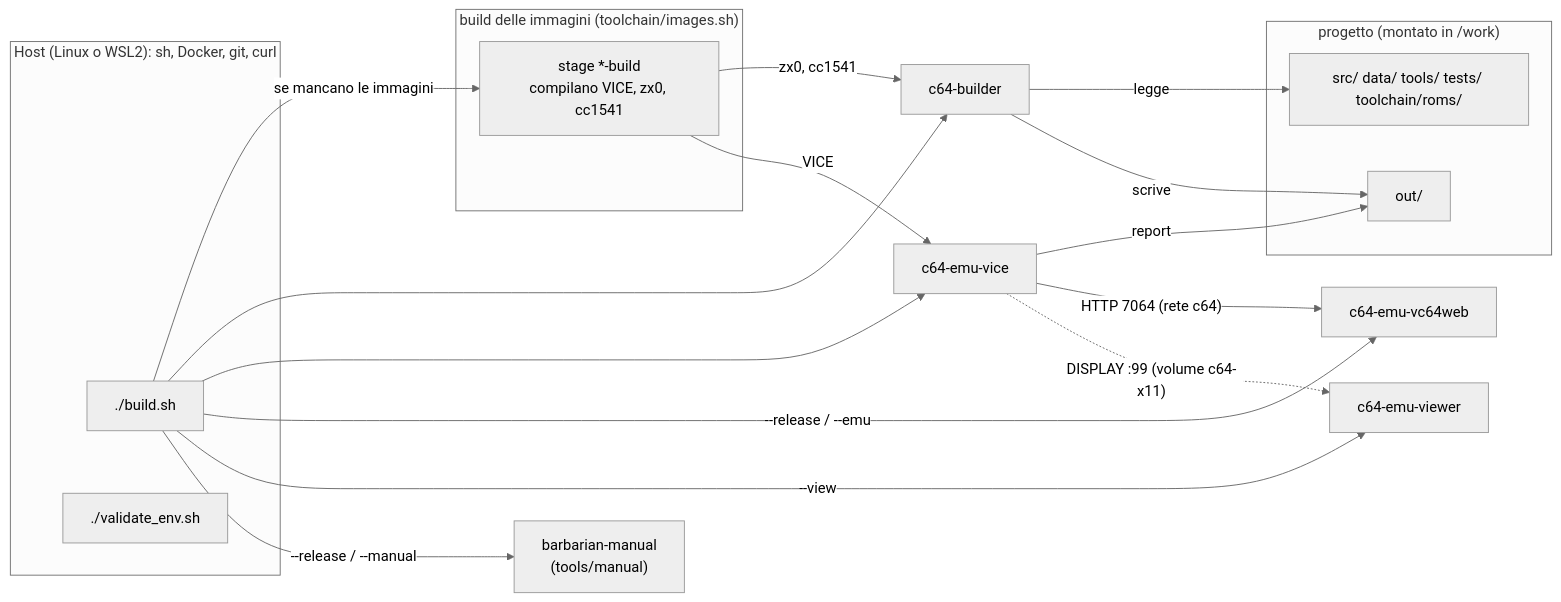
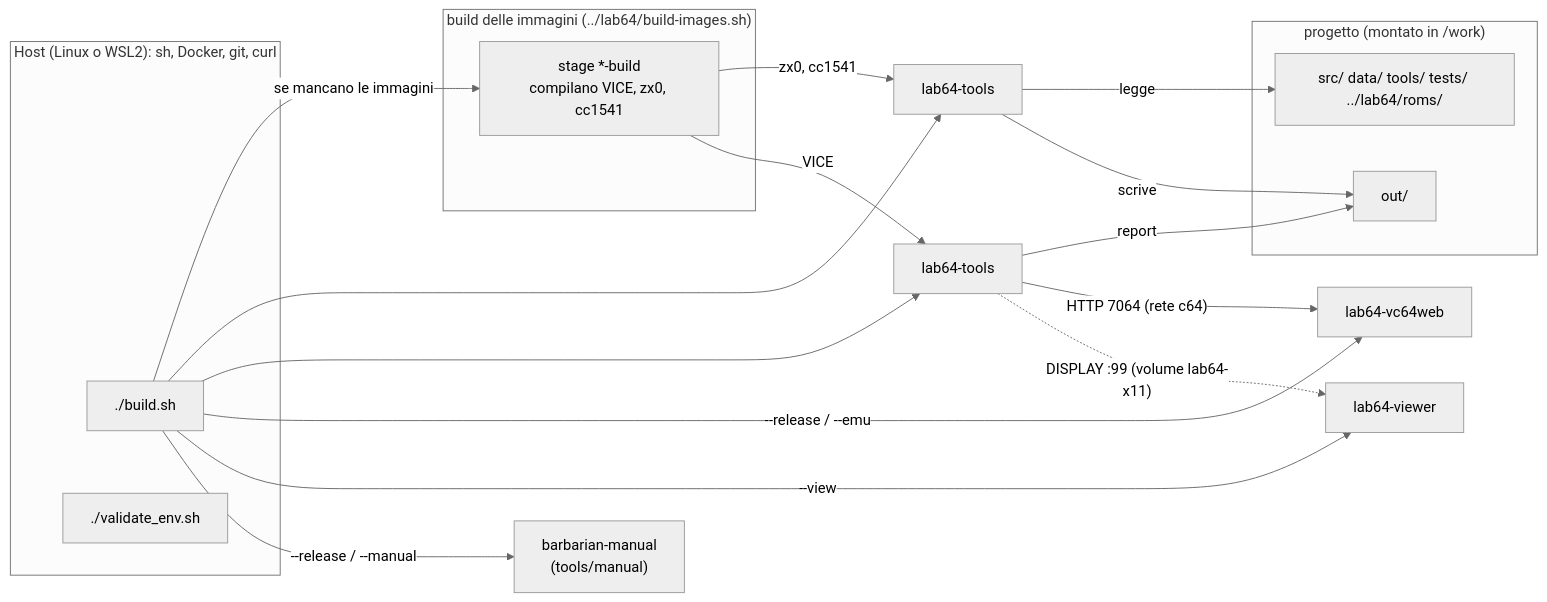
Before and after one commit to caporalesimone/barbarian-the-blood-path: the first of 3 diagrams in docs/getting-started.md, drawn with Mermaid (neutral theme). The commit also changed other lines of this file and 201 other files, not shown here.

First line of the commit message:
Toolchain separata nel repository Lab64 (T2, prima parte)

````diff
--- a/docs/getting-started.md
+++ b/docs/getting-started.md
@@ -62,27 +66,27 @@
 ```mermaid
 flowchart LR
   subgraph host["Host (Linux o WSL2): sh, Docker, git, curl"]
     B["./build.sh"]
     V["./validate_env.sh"]
   end
-  subgraph img["build delle immagini (toolchain/images.sh)"]
+  subgraph img["build delle immagini (../lab64/build-images.sh)"]
     TB["stage *-build<br/>compilano VICE, zx0, cc1541"]
   end
   subgraph proj["progetto (montato in /work)"]
-    SRC["src/ data/ tools/ tests/ toolchain/roms/"]
+    SRC["src/ data/ tools/ tests/ ../lab64/roms/"]
     OUT["out/"]
   end
   B -->|"se mancano le immagini"| TB
   TB -->|"zx0, cc1541"| BL
   TB -->|"VICE"| EV
-  B --> BL["c64-builder"]
-  B --> EV["c64-emu-vice"]
-  B -->|"--release / --emu"| EW["c64-emu-vc64web"]
-  B -->|"--view"| VW["c64-emu-viewer"]
+  B --> BL["lab64-tools"]
+  B --> EV["lab64-tools"]
+  B -->|"--release / --emu"| EW["lab64-vc64web"]
+  B -->|"--view"| VW["lab64-viewer"]
   B -->|"--release / --manual"| MA["barbarian-manual<br/>(tools/manual)"]
   BL -->|"legge"| SRC
   BL -->|"scrive"| OUT
   EV -->|"report"| OUT
   EV -->|"HTTP 7064 (rete c64)"| EW
-  EV -.->|"DISPLAY :99 (volume c64-x11)"| VW
+  EV -.->|"DISPLAY :99 (volume lab64-x11)"| VW
 ```
````
